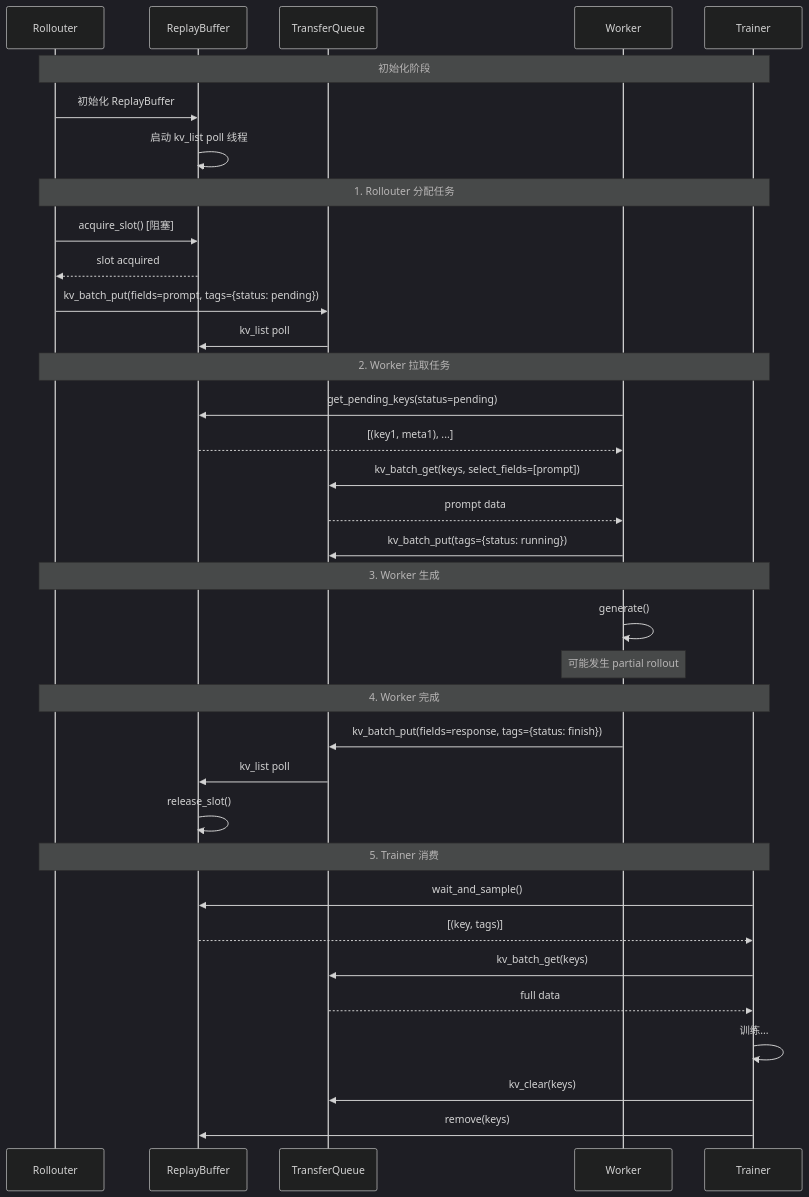
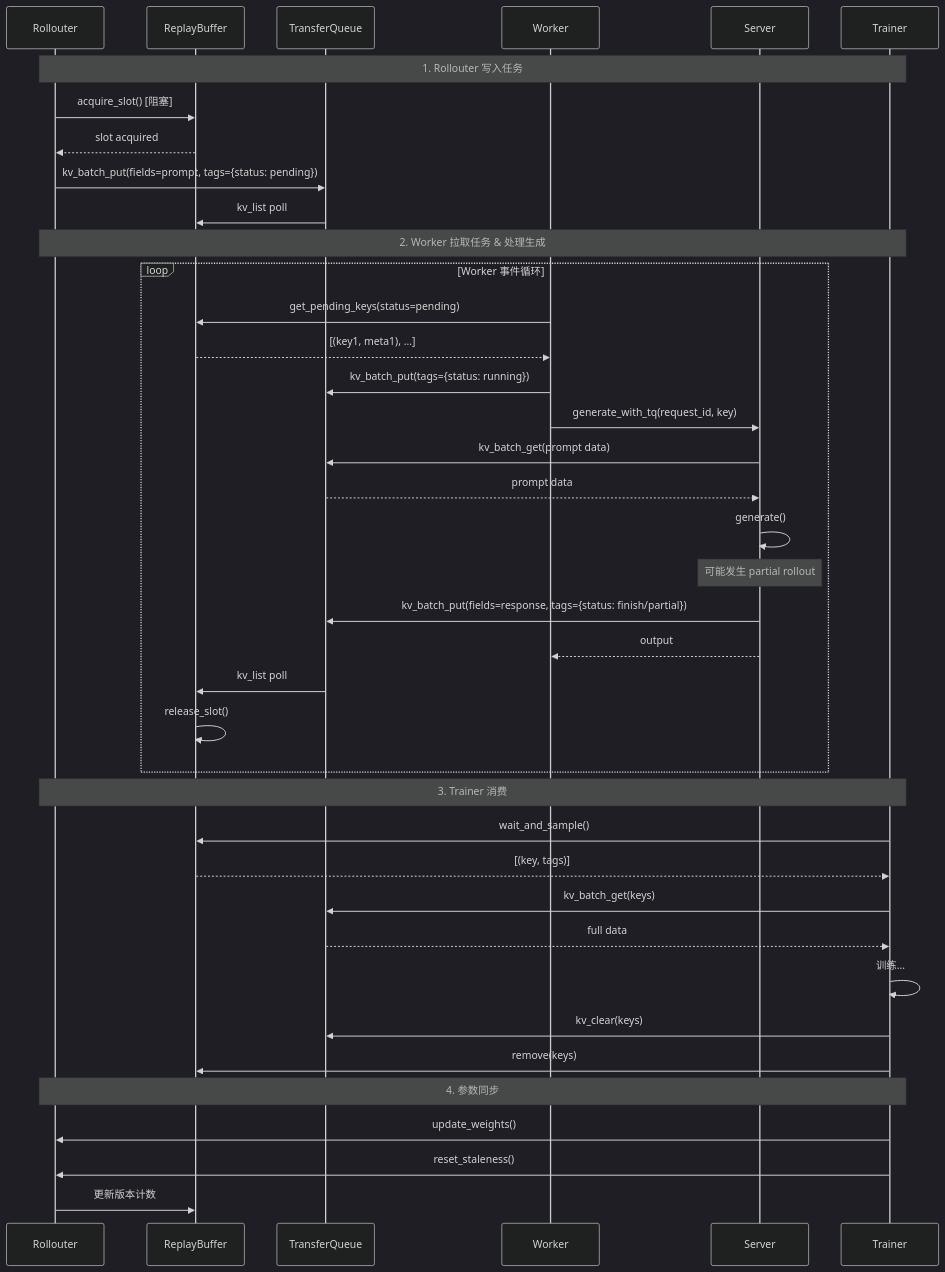
The fifth of 6 diagrams in verl/experimental/fully_async_policy_tq/README.md (meituan-search/verl), drawn with Mermaid (dark theme) before and after one commit. The commit also changed other lines of this file, not shown here.

````diff
--- a/verl/experimental/fully_async_policy_tq/README.md
+++ b/verl/experimental/fully_async_policy_tq/README.md
@@ -298,43 +686,47 @@
 ```mermaid
 sequenceDiagram
     participant R as Rollouter
     participant RB as ReplayBuffer
     participant TQ as TransferQueue
     participant W as Worker
+    participant S as Server
     participant T as Trainer
 
-    Note over R,T: 初始化阶段
-    R->>RB: 初始化 ReplayBuffer
-    RB->>RB: 启动 kv_list poll 线程
-
-    Note over R,T: 1. Rollouter 分配任务
+    Note over R,T: 1. Rollouter 写入任务
     R->>RB: acquire_slot() [阻塞]
     RB-->>R: slot acquired
     R->>TQ: kv_batch_put(fields=prompt, tags={status: pending})
     TQ->>RB: kv_list poll
 
-    Note over R,T: 2. Worker 拉取任务
-    W->>RB: get_pending_keys(status=pending)
-    RB-->>W: [(key1, meta1), ...]
-    W->>TQ: kv_batch_get(keys, select_fields=[prompt])
-    TQ-->>W: prompt data
-    W->>TQ: kv_batch_put(tags={status: running})
+    Note over R,T: 2. Worker 拉取任务 & 处理生成
+    loop Worker 事件循环
+        W->>RB: get_pending_keys(status=pending)
+        RB-->>W: [(key1, meta1), ...]
+        W->>TQ: kv_batch_put(tags={status: running})
 
-    Note over R,T: 3. Worker 生成
-    W->>W: generate()
-    Note over W: 可能发生 partial rollout
+        W->>S: generate_with_tq(request_id, key)
+        S->>TQ: kv_batch_get(prompt data)
+        TQ-->>S: prompt data
+        S->>S: generate()
+        Note over S: 可能发生 partial rollout
+        S->>TQ: kv_batch_put(fields=response, tags={status: finish/partial})
+        S-->>W: output
 
-    Note over R,T: 4. Worker 完成
-    W->>TQ: kv_batch_put(fields=response, tags={status: finish})
-    TQ->>RB: kv_list poll
-    RB->>RB: release_slot()
+        TQ->>RB: kv_list poll
+        RB->>RB: release_slot()
+    end
 
-    Note over R,T: 5. Trainer 消费
+    Note over R,T: 3. Trainer 消费
     T->>RB: wait_and_sample()
     RB-->>T: [(key, tags)]
     T->>TQ: kv_batch_get(keys)
     TQ-->>T: full data
     T->>T: 训练...
     T->>TQ: kv_clear(keys)
     T->>RB: remove(keys)
+
+    Note over R,T: 4. 参数同步
+    T->>R: update_weights()
+    T->>R: reset_staleness()
+    R->>RB: 更新版本计数
 ```
````
